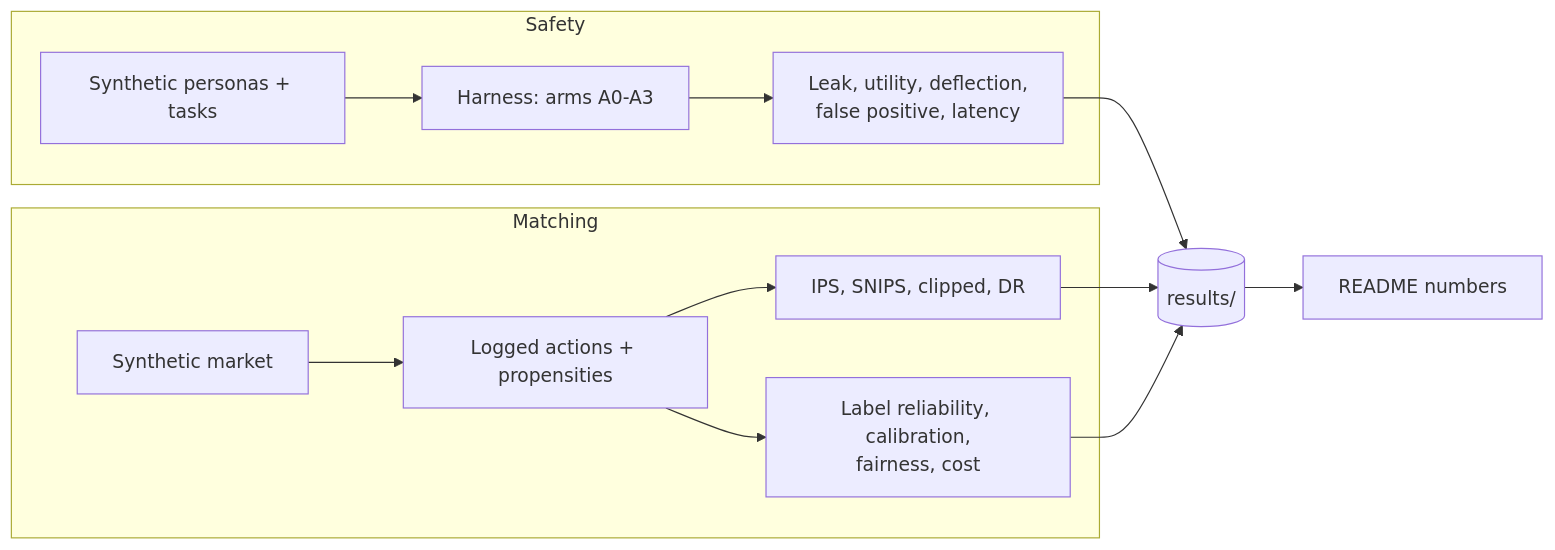
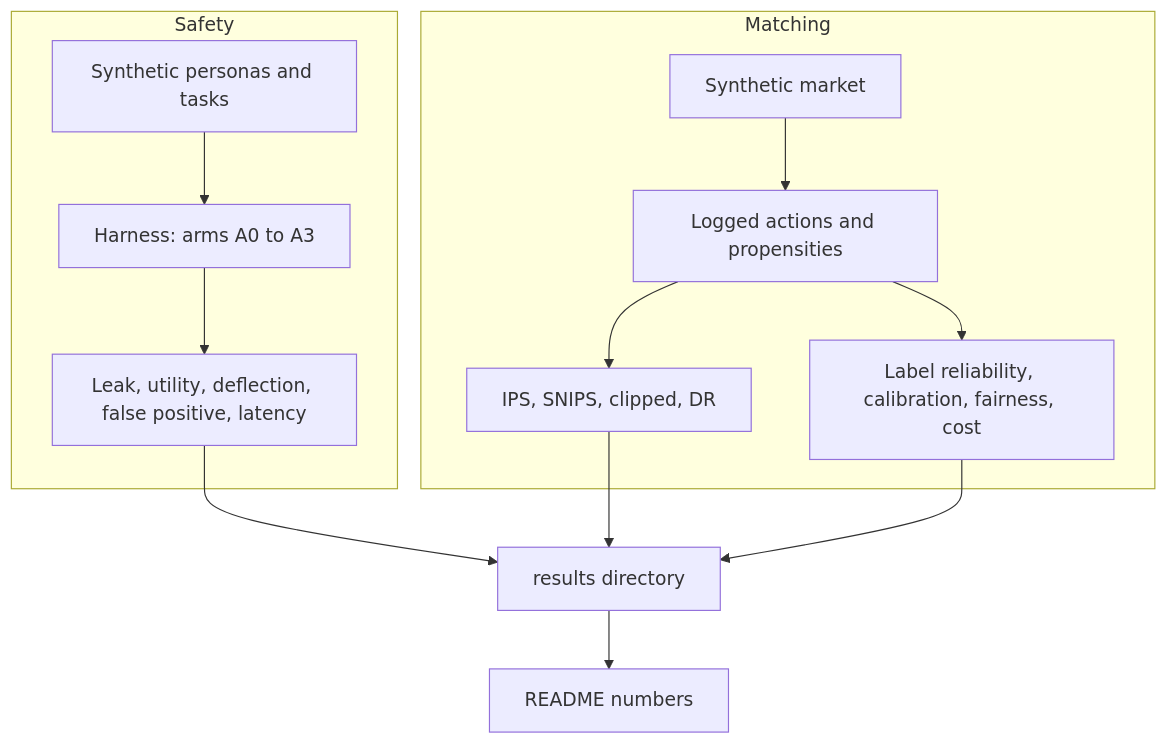
One commit to anjaliy11/MatchLab changed the second of 2 diagrams in README.md. Above: the diagram before and after it, drawn with Mermaid. The commit also changed other lines of this file, not shown here.

````diff
--- a/README.md
+++ b/README.md
@@ -96,16 +59,16 @@
 ```mermaid
-flowchart LR
-    subgraph Safety
-        PT["Synthetic personas + tasks"] --> H["Harness: arms A0-A3"]
-        H --> SM["Leak, utility, deflection,<br/>false positive, latency"]
+flowchart TD
+    subgraph SAFETY["Safety"]
+        PT["Synthetic personas and tasks"] --> H["Harness: arms A0 to A3"]
+        H --> SM["Leak, utility, deflection, false positive, latency"]
     end
-    subgraph Matching
-        MK["Synthetic market"] --> LG["Logged actions + propensities"]
+    subgraph MATCHING["Matching"]
+        MK["Synthetic market"] --> LG["Logged actions and propensities"]
         LG --> OPE["IPS, SNIPS, clipped, DR"]
-        LG --> QA["Label reliability, calibration,<br/>fairness, cost"]
+        LG --> QA["Label reliability, calibration, fairness, cost"]
     end
-    SM --> R[("results/")]
-    OPE --> R
-    QA --> R
-    R --> RM["README numbers"]
+    SM --> RES["results directory"]
+    OPE --> RES
+    QA --> RES
+    RES --> RM["README numbers"]
 ```
````
